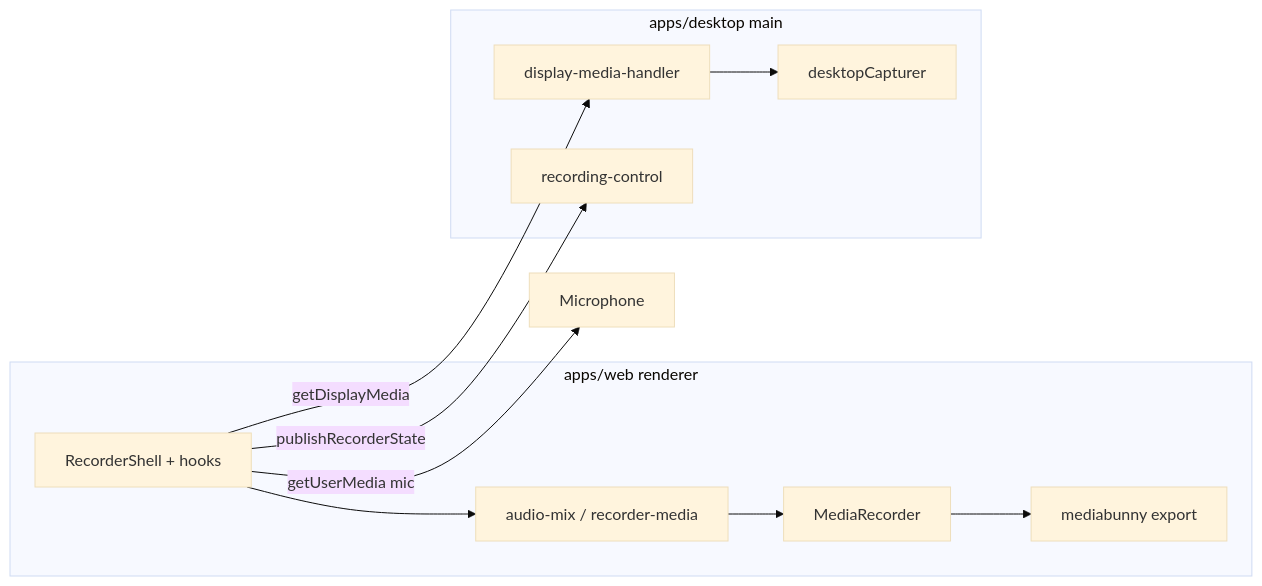
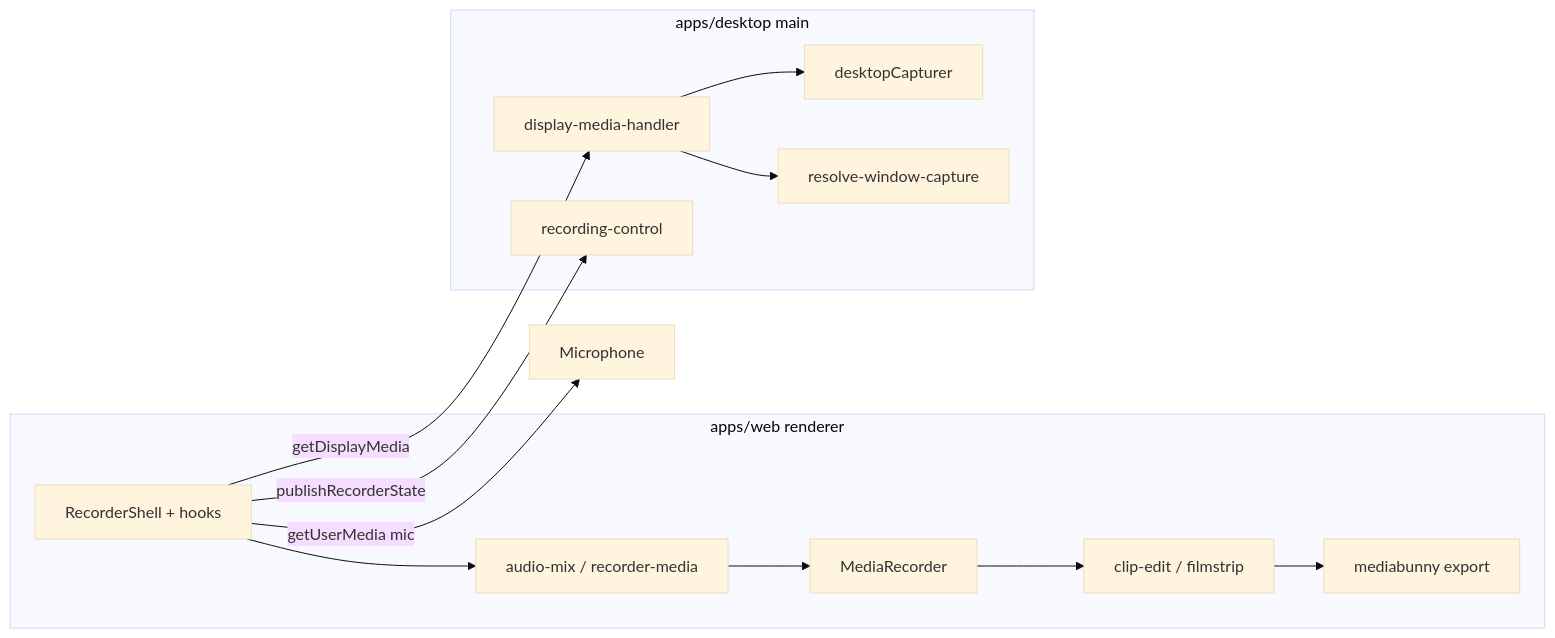
Before and after one commit to pranavgoel29/ceer: the second of 2 diagrams in README.md, drawn with Mermaid (base theme). The commit also changed other lines of this file, not shown here.

First line of the commit message:
Update README to document clip editor, settings, and 4K export

````diff
--- a/README.md
+++ b/README.md
@@ -143,21 +191,24 @@
 ```mermaid
 flowchart LR
   subgraph renderer [apps/web renderer]
     UI[RecorderShell + hooks]
     Mix[audio-mix / recorder-media]
     MR[MediaRecorder]
-    UI --> Mix --> MR
-    MR --> Export[mediabunny export]
+  UI --> Mix --> MR
+    MR --> Edit[clip-edit / filmstrip]
+    Edit --> Export[mediabunny export]
   end
 
   subgraph main [apps/desktop main]
     DMH[display-media-handler]
     DC[desktopCapturer]
     RC[recording-control]
+    RW[resolve-window-capture]
     DMH --> DC
+    DMH --> RW
   end
 
   UI -->|getDisplayMedia| DMH
   UI -->|getUserMedia mic| Mic[Microphone]
   UI -->|publishRecorderState| RC
 ```
````
